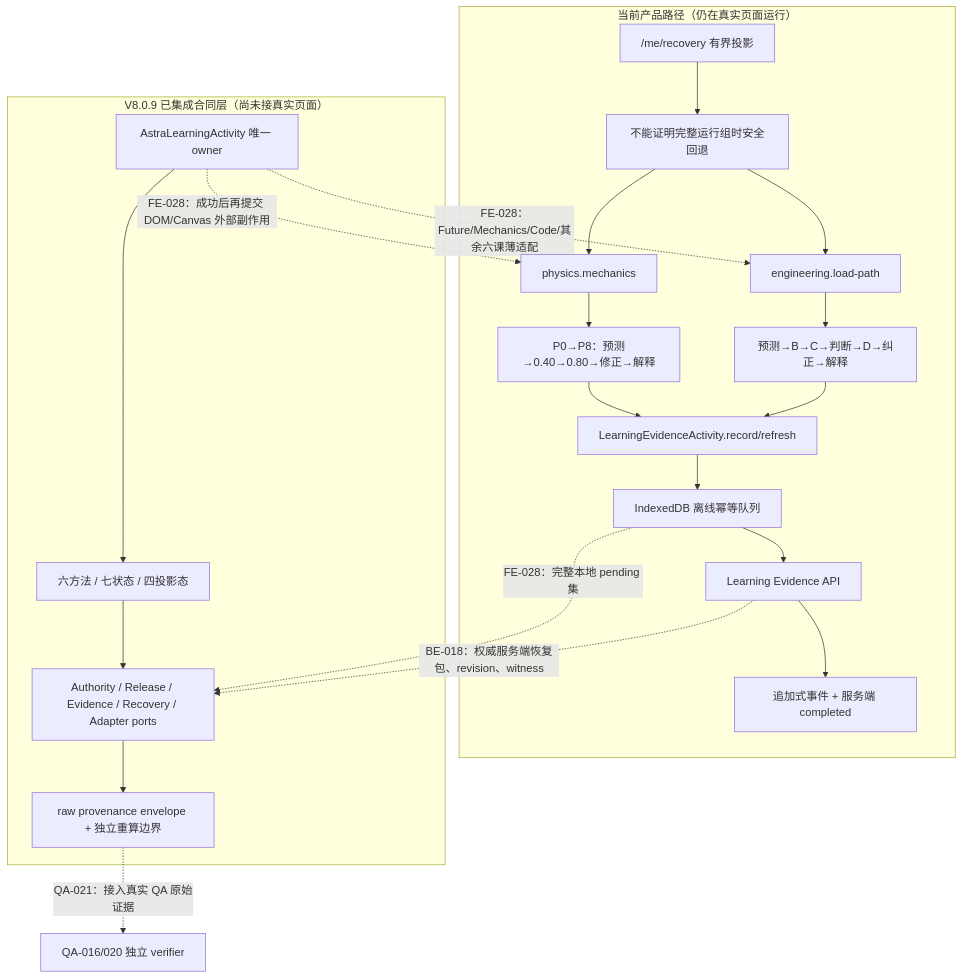
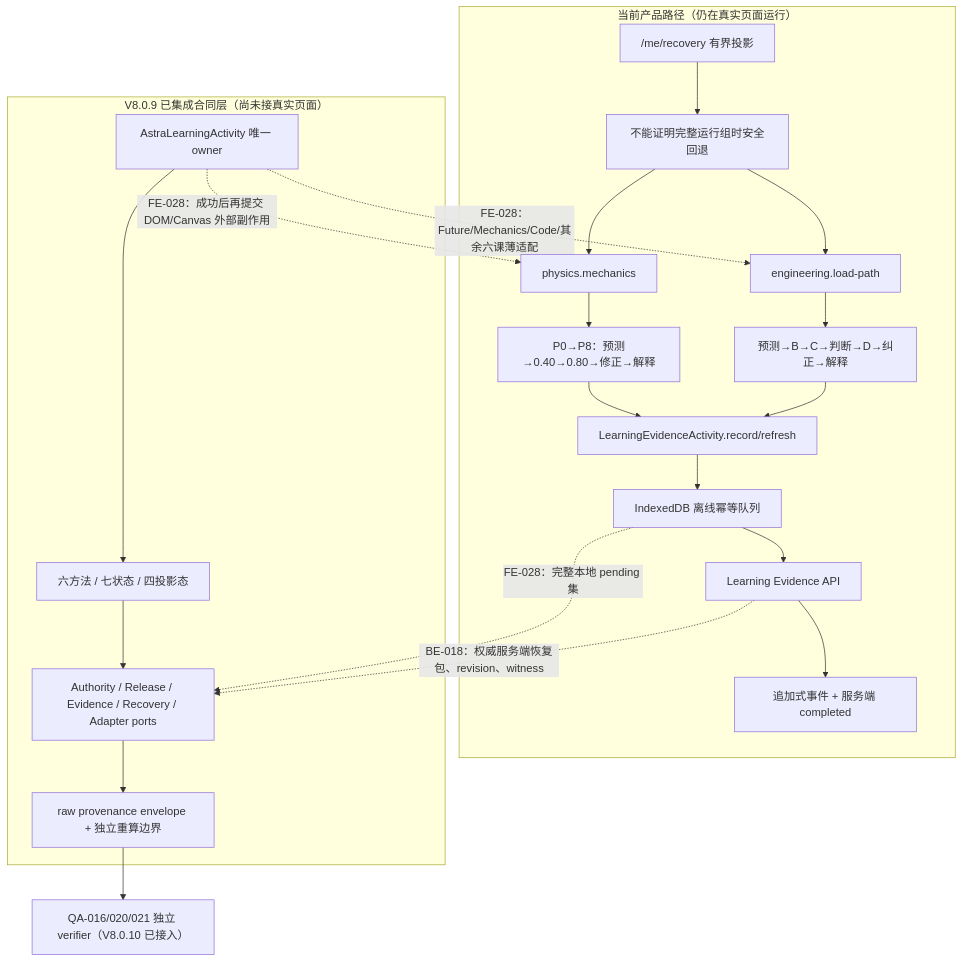
The fifth of 6 diagrams in doc/02-项目规划.md (falling-feather/Astra), drawn with Mermaid before and after one commit. The commit also changed other lines of this file and 2 other files, not shown here.

````diff
--- a/doc/02-项目规划.md
+++ b/doc/02-项目规划.md
@@ -299,25 +300,25 @@
 ```mermaid
 flowchart TB
     subgraph CURRENT["当前产品路径（仍在真实页面运行）"]
         FUI["engineering.load-path"] --> FGATE["预测→B→C→判断→D→纠正→解释"]
         MUI["physics.mechanics"] --> MGATE["P0→P8：预测→0.40→0.80→修正→解释"]
         FGATE --> LEGACY["LearningEvidenceActivity.record/refresh"]
         MGATE --> LEGACY
         LEGACY --> QUEUE["IndexedDB 离线幂等队列"]
         QUEUE --> API["Learning Evidence API"]
         API --> EVENT["追加式事件 + 服务端 completed"]
         OLDREC["/me/recovery 有界投影"] --> SAFE["不能证明完整运行组时安全回退"]
         SAFE --> FUI
         SAFE --> MUI
     end
     subgraph CONTRACT["V8.0.9 已集成合同层（尚未接真实页面）"]
         KERNEL["AstraLearningActivity 唯一 owner"] --> METHODS["六方法 / 七状态 / 四投影态"]
         METHODS --> PORTS["Authority / Release / Evidence / Recovery / Adapter ports"]
         PORTS --> PROV["raw provenance envelope + 独立重算边界"]
     end
     API -. "BE-018：权威服务端恢复包、revision、witness" .-> PORTS
     QUEUE -. "FE-028：完整本地 pending 集" .-> PORTS
     KERNEL -. "FE-028：Future/Mechanics/Code/其余六课薄适配" .-> FUI
     KERNEL -. "FE-028：成功后再提交 DOM/Canvas 外部副作用" .-> MUI
-    PROV -. "QA-021：接入真实 QA 原始证据" .-> QA["QA-016/020 独立 verifier"]
+    PROV --> QA["QA-016/020/021 独立 verifier（V8.0.10 已接入）"]
 ```
````
